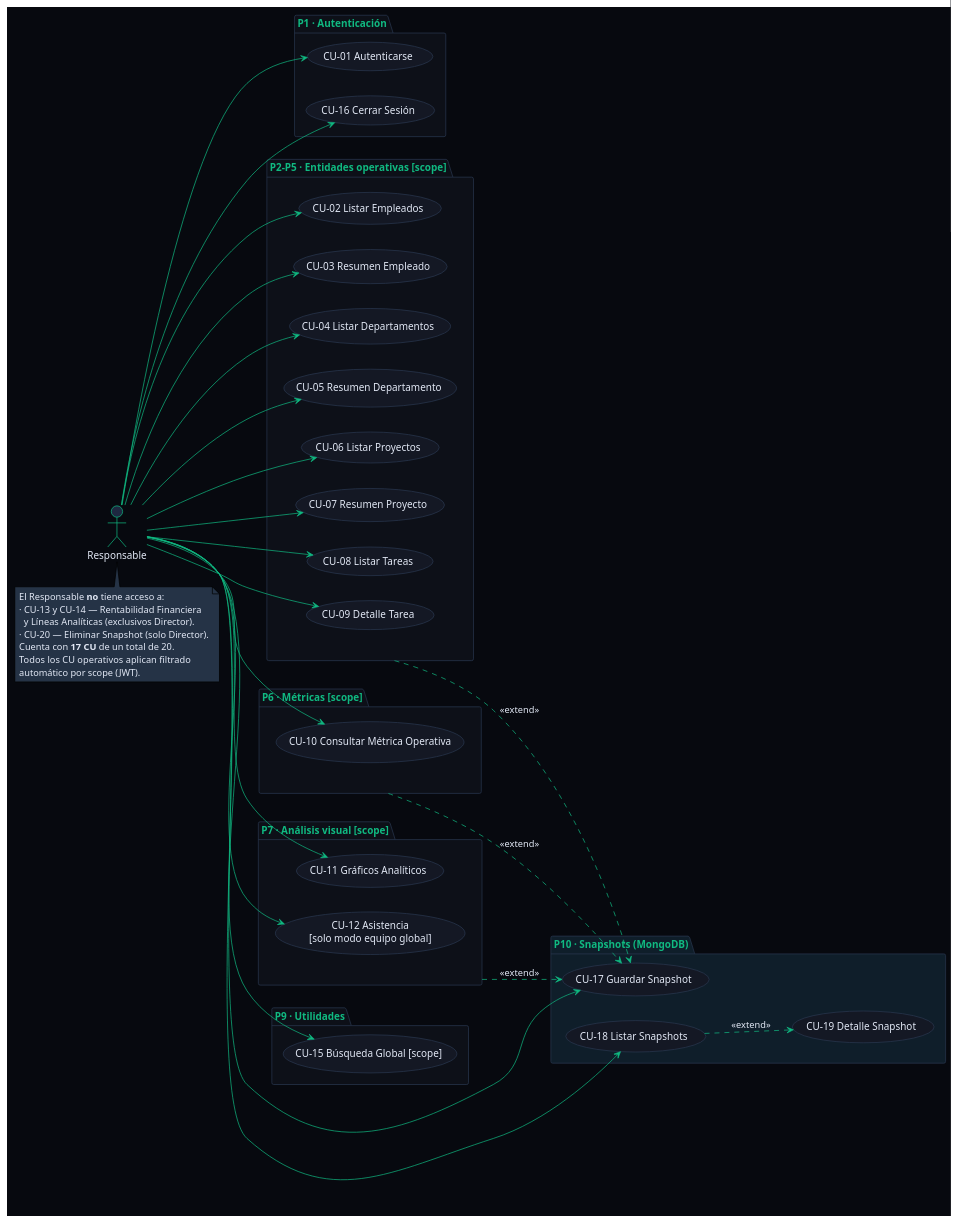
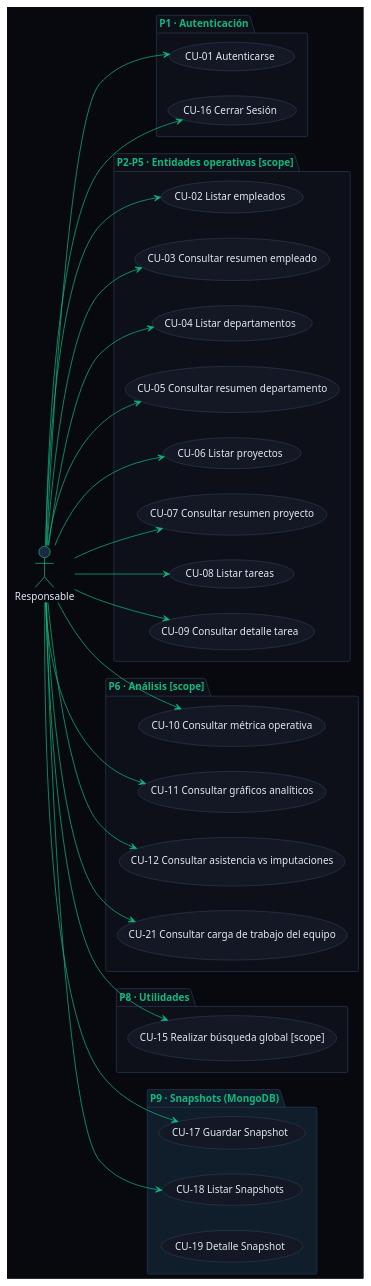
One commit to ceesargaarcia/GII-TFG-2026 changed the diagram in Estudiantes/cesar-garcia-eguiguren/Capítulo-2/diagramas/actorResponsable.puml. Above: the diagram before and after it, drawn with PlantUML. The commit also changed 6 other files, not shown here.

```diff
--- a/Estudiantes/cesar-garcia-eguiguren/Capítulo-2/diagramas/actorResponsable.puml
+++ b/Estudiantes/cesar-garcia-eguiguren/Capítulo-2/diagramas/actorResponsable.puml
@@ -1,99 +1,79 @@
 @startuml ActorResponsable
 !theme plain
 left to right direction
 
 skinparam backgroundColor #07090F
 skinparam defaultFontColor #E2E8F5
 skinparam ArrowColor #10B981
 skinparam NoteBackgroundColor #253346
 skinparam usecase {
   BackgroundColor #141824
   BorderColor #2A3850
   FontColor #E2E8F5
 }
 skinparam actor {
   BackgroundColor #1E2840
   BorderColor #10B981
   FontColor #E2E8F5
 }
 skinparam package {
   BackgroundColor #0D1018
   BorderColor #2A3850
   FontColor #10B981
   FontStyle bold
 }
 
 actor "Responsable" as R
 
 package "P1 · Autenticación" {
   usecase "CU-01 Autenticarse" as CU01
   usecase "CU-16 Cerrar Sesión" as CU16
 }
 
 package "P2–P5 · Entidades operativas [scope]" {
-  usecase "CU-02 Listar Empleados" as CU02
-  usecase "CU-03 Resumen Empleado" as CU03
-  usecase "CU-04 Listar Departamentos" as CU04
-  usecase "CU-05 Resumen Departamento" as CU05
-  usecase "CU-06 Listar Proyectos" as CU06
-  usecase "CU-07 Resumen Proyecto" as CU07
-  usecase "CU-08 Listar Tareas" as CU08
-  usecase "CU-09 Detalle Tarea" as CU09
+  usecase "CU-02 Listar empleados" as CU02
+  usecase "CU-03 Consultar resumen empleado" as CU03
+  usecase "CU-04 Listar departamentos" as CU04
+  usecase "CU-05 Consultar resumen departamento" as CU05
+  usecase "CU-06 Listar proyectos" as CU06
+  usecase "CU-07 Consultar resumen proyecto" as CU07
+  usecase "CU-08 Listar tareas" as CU08
+  usecase "CU-09 Consultar detalle tarea" as CU09
 }
 
-package "P6 · Métricas [scope]" {
-  usecase "CU-10 Consultar Métrica Operativa" as CU10
+package "P6 · Análisis [scope]" {
+  usecase "CU-10 Consultar métrica operativa" as CU10
+  usecase "CU-11 Consultar gráficos analíticos" as CU11
+  usecase "CU-12 Consultar asistencia vs imputaciones" as CU12
+  usecase "CU-21 Consultar carga de trabajo del equipo" as CU21
 }
 
-package "P7 · Análisis visual [scope]" {
-  usecase "CU-11 Gráficos Analíticos" as CU11
-  usecase "CU-12 Asistencia\n[solo modo equipo global]" as CU12
+package "P8 · Utilidades" {
+  usecase "CU-15 Realizar búsqueda global [scope]" as CU15
 }
 
-package "P9 · Utilidades" {
-  usecase "CU-15 Búsqueda Global [scope]" as CU15
-}
-
-package "P10 · Snapshots (MongoDB)" #0F1E2A {
+package "P9 · Snapshots (MongoDB)" #0F1E2A {
   usecase "CU-17 Guardar Snapshot" as CU17
   usecase "CU-18 Listar Snapshots" as CU18
   usecase "CU-19 Detalle Snapshot" as CU19
 }
 
 R --> CU01
 R --> CU02
 R --> CU03
 R --> CU04
 R --> CU05
 R --> CU06
 R --> CU07
 R --> CU08
 R --> CU09
 R --> CU10
 R --> CU11
 R --> CU12
 R --> CU15
 R --> CU16
 R --> CU17
 R --> CU18
-
-' ── Relaciones <<extend>> ─────────────────────────────────────
-"P6 · Métricas [scope]" ..> CU17 : <<extend>>
-"P7 · Análisis visual [scope]" ..> CU17 : <<extend>>
-"P2–P5 · Entidades operativas [scope]" ..> CU17 : <<extend>>
-
-
-' Visor de snapshots (solo lectura para Responsable)
-CU18 ..> CU19 : <<extend>>
-
-note bottom of R
-  El Responsable **no** tiene acceso a:
-  · CU-13 y CU-14 — Rentabilidad Financiera
-    y Líneas Analíticas (exclusivos Director).
-  · CU-20 — Eliminar Snapshot (solo Director).
-  Cuenta con **17 CU** de un total de 20.
-  Todos los CU operativos aplican filtrado
-  automático por scope (JWT).
-end note
+R --> CU21
 
 @enduml
```
